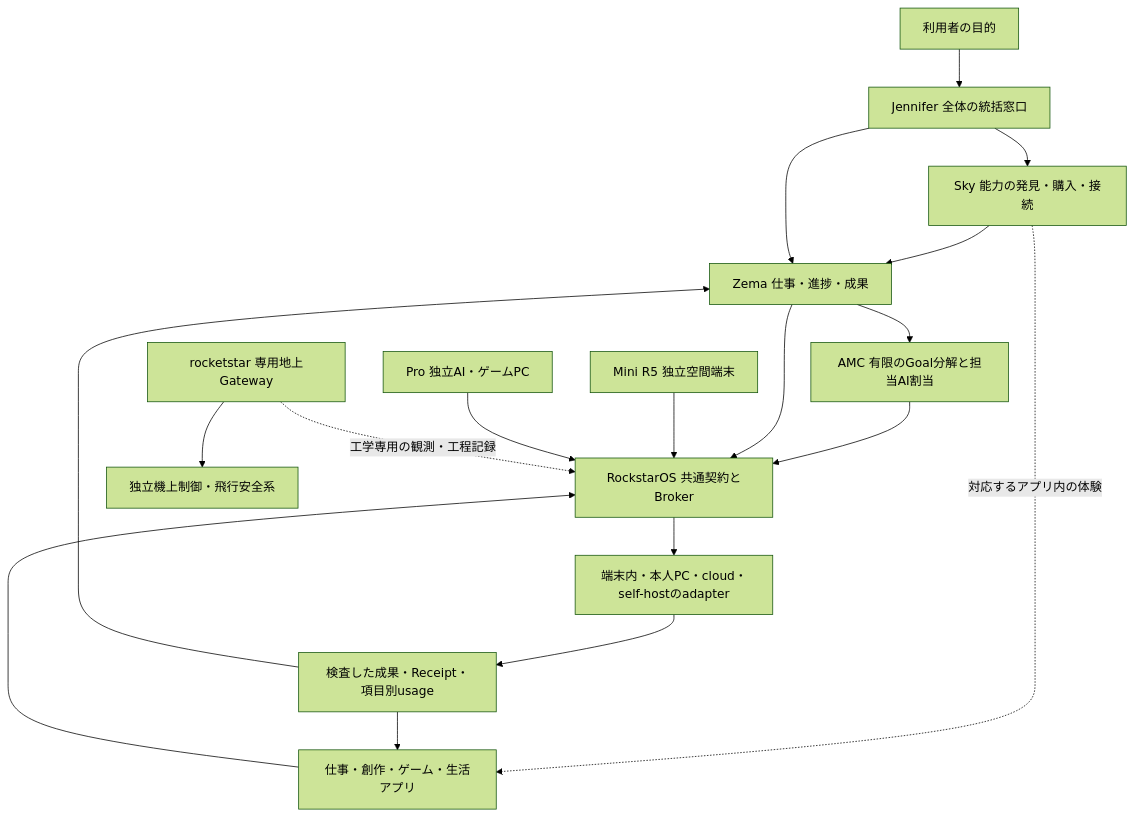
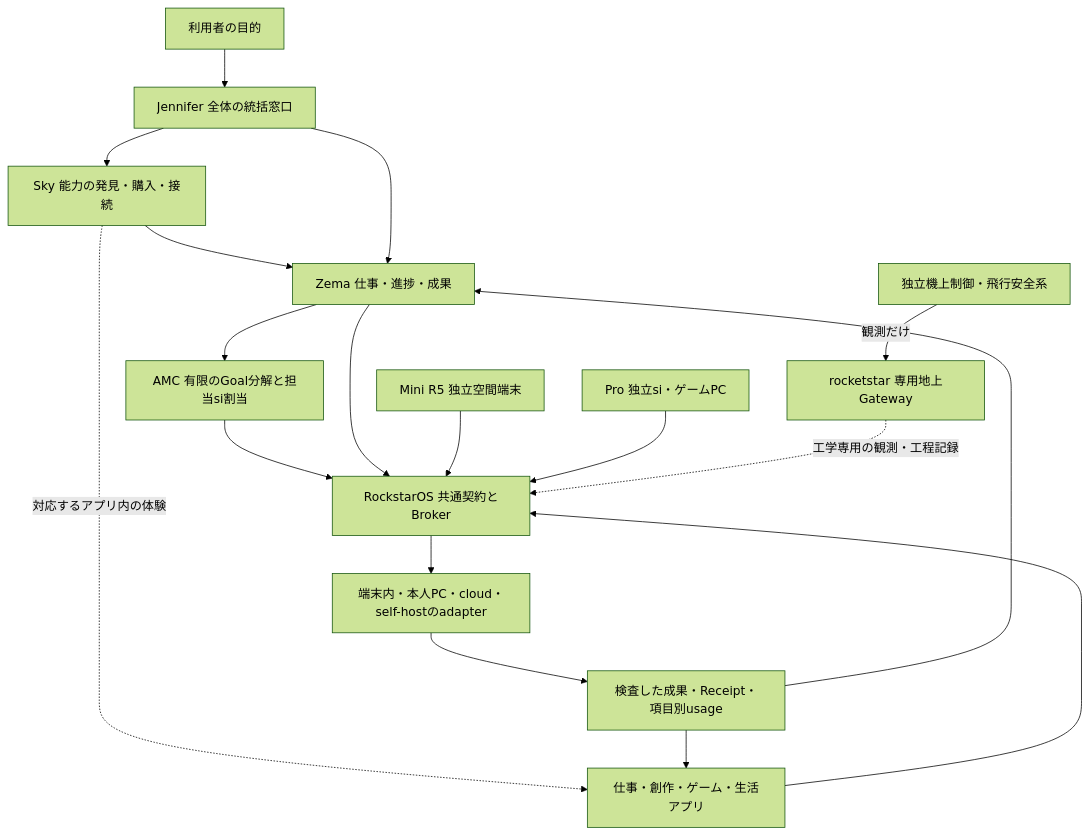
The diagram in docs/service-design/README.md (k999ln/rock), drawn with Mermaid (forest theme) before and after one commit. The commit also changed other lines of this file and 175 other files, not shown here.

````diff
--- a/docs/service-design/README.md
+++ b/docs/service-design/README.md
@@ -29,20 +32,20 @@
 ```mermaid
 flowchart TB
   U[利用者の目的] --> J[Jennifer 全体の統括窓口]
   J --> S[Sky 能力の発見・購入・接続]
   S --> Z[Zema 仕事・進捗・成果]
   S -. 対応するアプリ内の体験 .-> A[仕事・創作・ゲーム・生活アプリ]
   J --> Z
-  Z --> AMC[AMC 有限のGoal分解と担当AI割当]
+  Z --> AMC[AMC 有限のGoal分解と担当si割当]
   AMC --> C
   Z --> C[RockstarOS 共通契約とBroker]
   A --> C
   C --> E[端末内・本人PC・cloud・self-hostのadapter]
   E --> R[検査した成果・Receipt・項目別usage]
   R --> Z
   R --> A
   M[Mini R5 独立空間端末] --> C
-  P[Pro 独立AI・ゲームPC] --> C
+  P[Pro 独立si・ゲームPC] --> C
   X[rocketstar 専用地上Gateway] -. 工学専用の観測・工程記録 .-> C
-  X --> F[独立機上制御・飛行安全系]
+  F[独立機上制御・飛行安全系] -->|観測だけ| X
 ```
````
